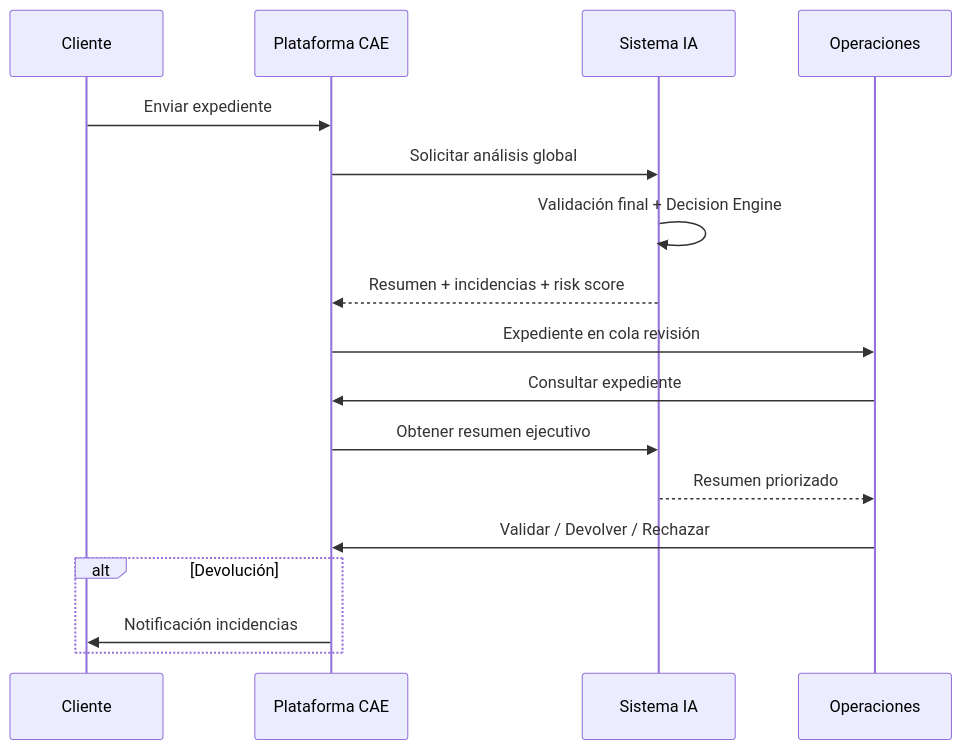
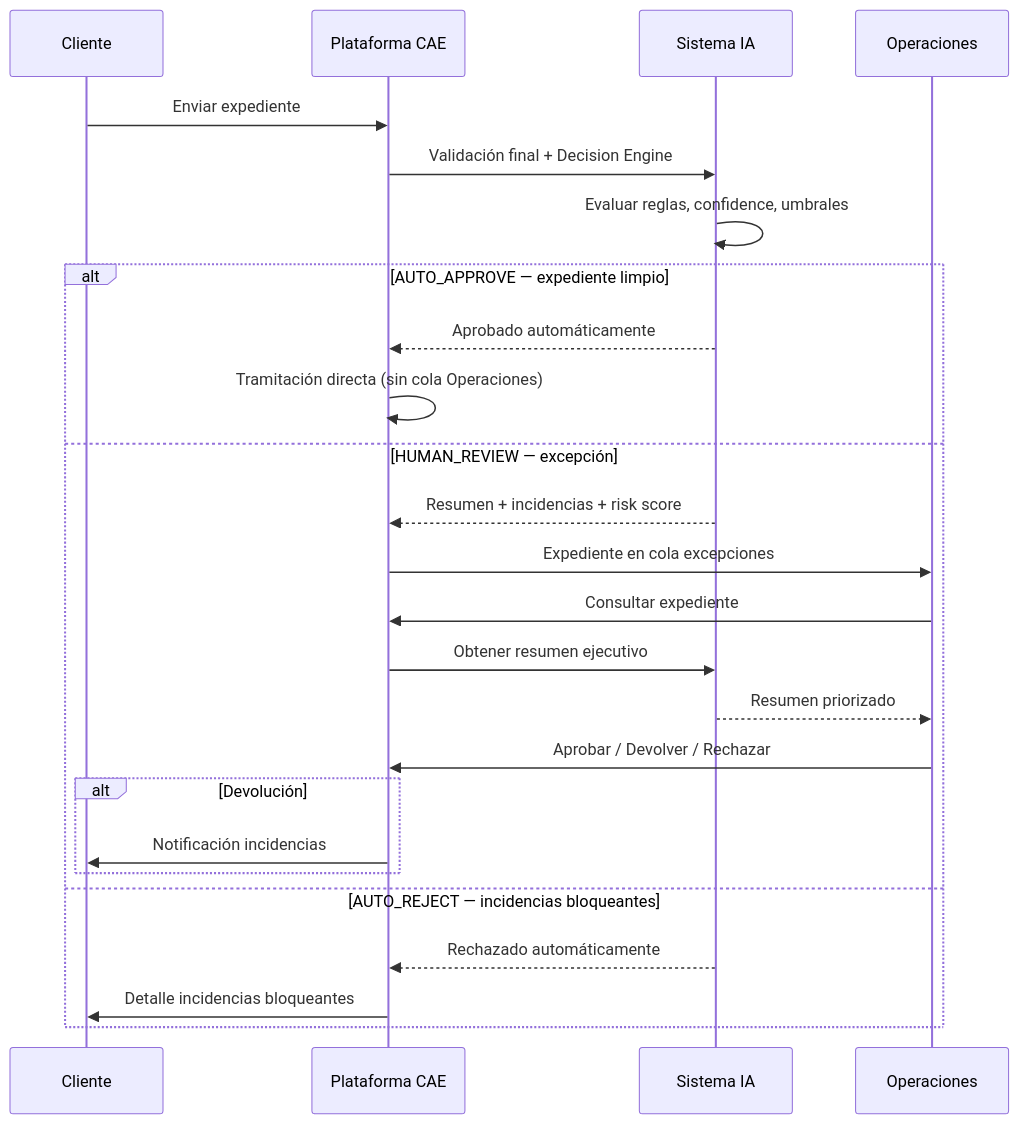
One commit to angelnietos/erp changed the seventh of 8 diagrams in caedocs/ESPECIFICACION-FUNCIONAL-v3.0.md. Above: the diagram before and after it, drawn with Mermaid. The commit also changed other lines of this file and 3 other files, not shown here.

````diff
--- a/caedocs/ESPECIFICACION-FUNCIONAL-v3.0.md
+++ b/caedocs/ESPECIFICACION-FUNCIONAL-v3.0.md
@@ -1093,20 +1098,29 @@
 ```mermaid
 sequenceDiagram
     participant C as Cliente
     participant CAE as Plataforma CAE
     participant IA as Sistema IA
     participant OP as Operaciones
 
     C->>CAE: Enviar expediente
-    CAE->>IA: Solicitar análisis global
-    IA->>IA: Validación final + Decision Engine
-    IA-->>CAE: Resumen + incidencias + risk score
-    CAE->>OP: Expediente en cola revisión
-    OP->>CAE: Consultar expediente
-    CAE->>IA: Obtener resumen ejecutivo
-    IA-->>OP: Resumen priorizado
-    OP->>CAE: Validar / Devolver / Rechazar
-    alt Devolución
-        CAE->>C: Notificación incidencias
+    CAE->>IA: Validación final + Decision Engine
+    IA->>IA: Evaluar reglas, confidence, umbrales
+
+    alt AUTO_APPROVE — expediente limpio
+        IA-->>CAE: Aprobado automáticamente
+        CAE->>CAE: Tramitación directa (sin cola Operaciones)
+    else HUMAN_REVIEW — excepción
+        IA-->>CAE: Resumen + incidencias + risk score
+        CAE->>OP: Expediente en cola excepciones
+        OP->>CAE: Consultar expediente
+        CAE->>IA: Obtener resumen ejecutivo
+        IA-->>OP: Resumen priorizado
+        OP->>CAE: Aprobar / Devolver / Rechazar
+        alt Devolución
+            CAE->>C: Notificación incidencias
+        end
+    else AUTO_REJECT — incidencias bloqueantes
+        IA-->>CAE: Rechazado automáticamente
+        CAE->>C: Detalle incidencias bloqueantes
     end
 ```
````
